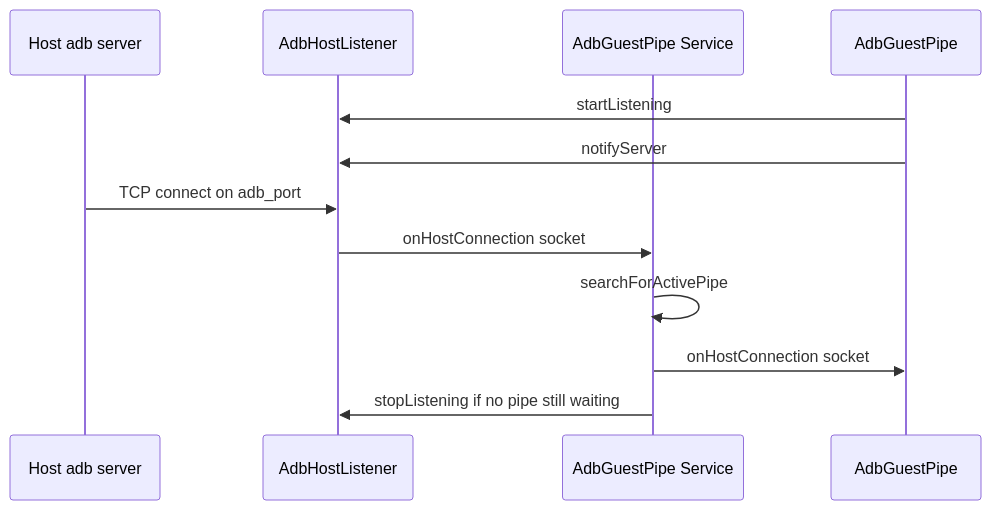
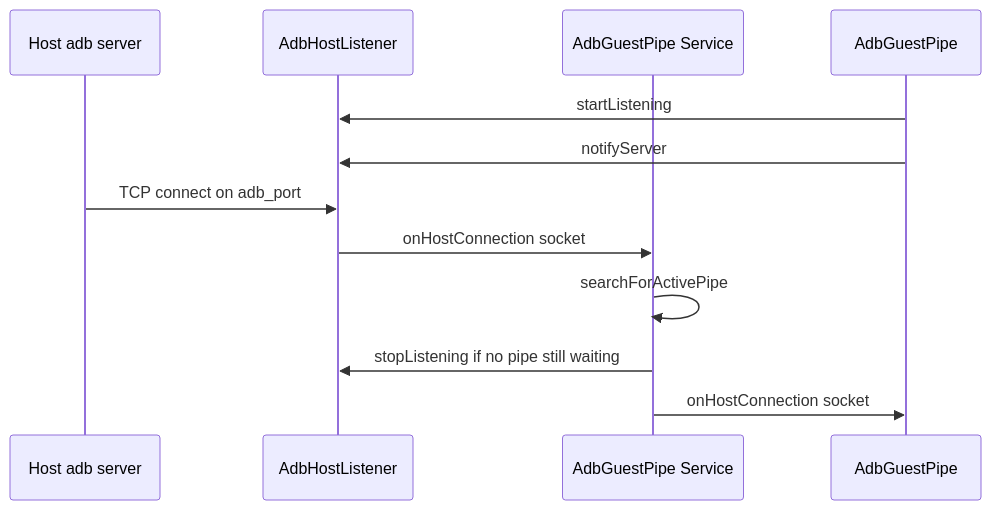
Before and after one commit to aospbooks/android-emulator-internal-book: the second of 5 diagrams in 20-adb-integration.md, drawn with Mermaid. The commit also changed other lines of this file and 31 other files, not shown here.

````diff
--- a/20-adb-integration.md
+++ b/20-adb-integration.md
@@ -180,14 +180,14 @@
 ```mermaid
 sequenceDiagram
     participant Server as Host adb server
     participant Listener as AdbHostListener
     participant Service as AdbGuestPipe Service
     participant Pipe as AdbGuestPipe
     Pipe->>Listener: startListening
     Pipe->>Listener: notifyServer
     Server->>Listener: TCP connect on adb_port
     Listener->>Service: onHostConnection socket
     Service->>Service: searchForActivePipe
+    Service->>Listener: stopListening if no pipe still waiting
     Service->>Pipe: onHostConnection socket
-    Service->>Listener: stopListening if no pipe still waiting
 ```
````
